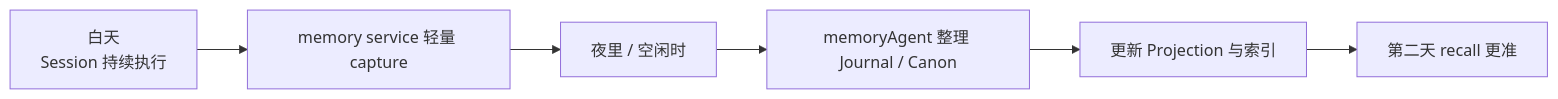
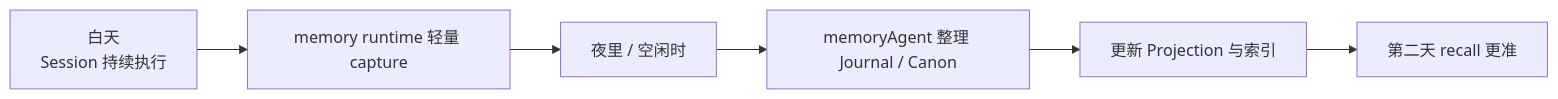
One commit to wangenius/downcity changed the second of 3 diagrams in homepage/content/devdocs/zh/memory/memory-agent.mdx. Above: the diagram before and after it, drawn with Mermaid. The commit also changed other lines of this file and 433 other files, not shown here.

Commit message:
refactor(agent,city): unify plugin-session architecture

````diff
--- a/homepage/content/devdocs/zh/memory/memory-agent.mdx
+++ b/homepage/content/devdocs/zh/memory/memory-agent.mdx
@@ -178,8 +178,8 @@
 ```mermaid
 flowchart LR
-  DAY["白天<br/>Session 持续执行"] --> CAP["memory service 轻量 capture"]
+  DAY["白天<br/>Session 持续执行"] --> CAP["memory runtime 轻量 capture"]
   CAP --> NIGHT["夜里 / 空闲时"]
   NIGHT --> MA["memoryAgent 整理 Journal / Canon"]
   MA --> VIEW["更新 Projection 与索引"]
   VIEW --> NEXT["第二天 recall 更准"]
 ```
````
